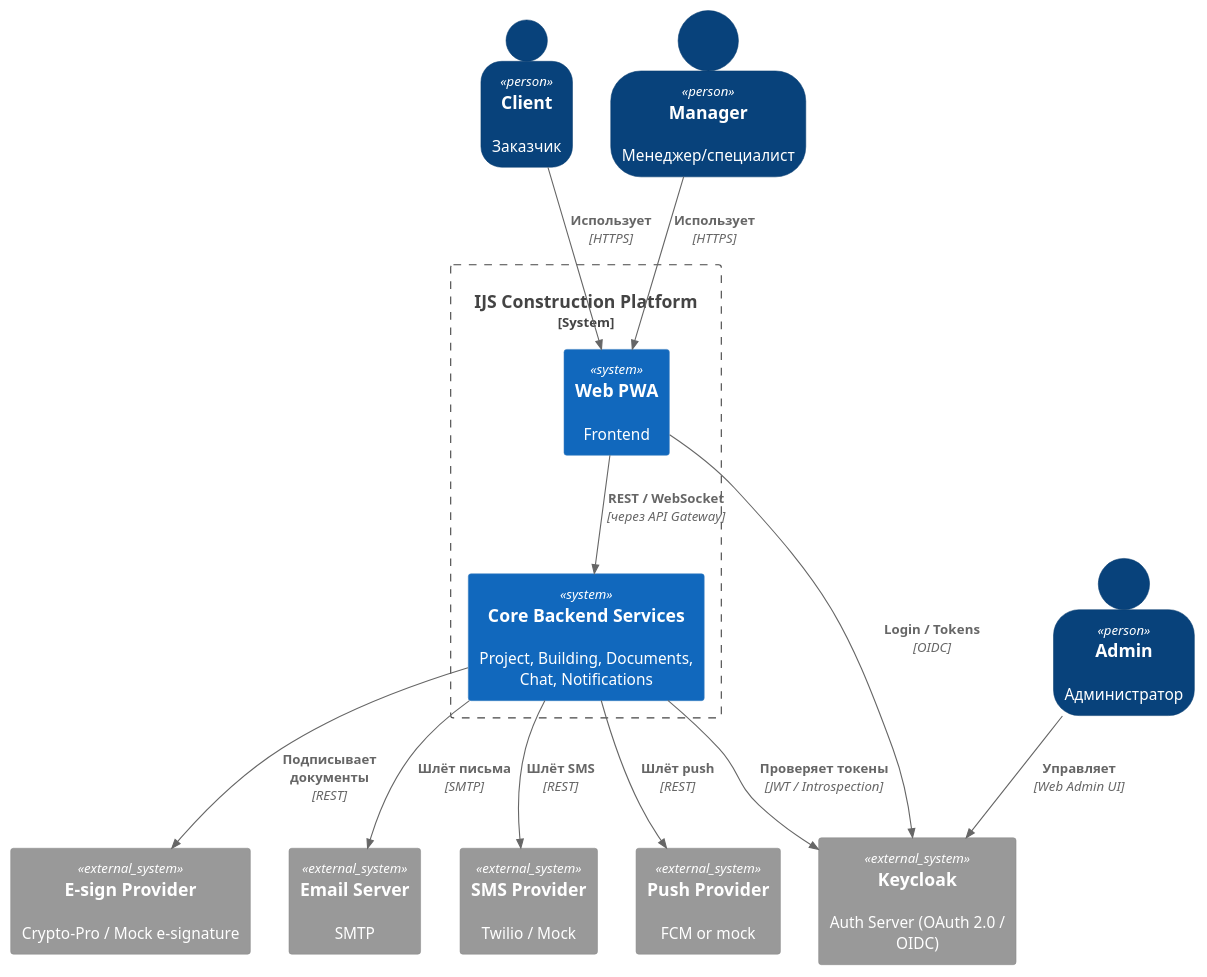
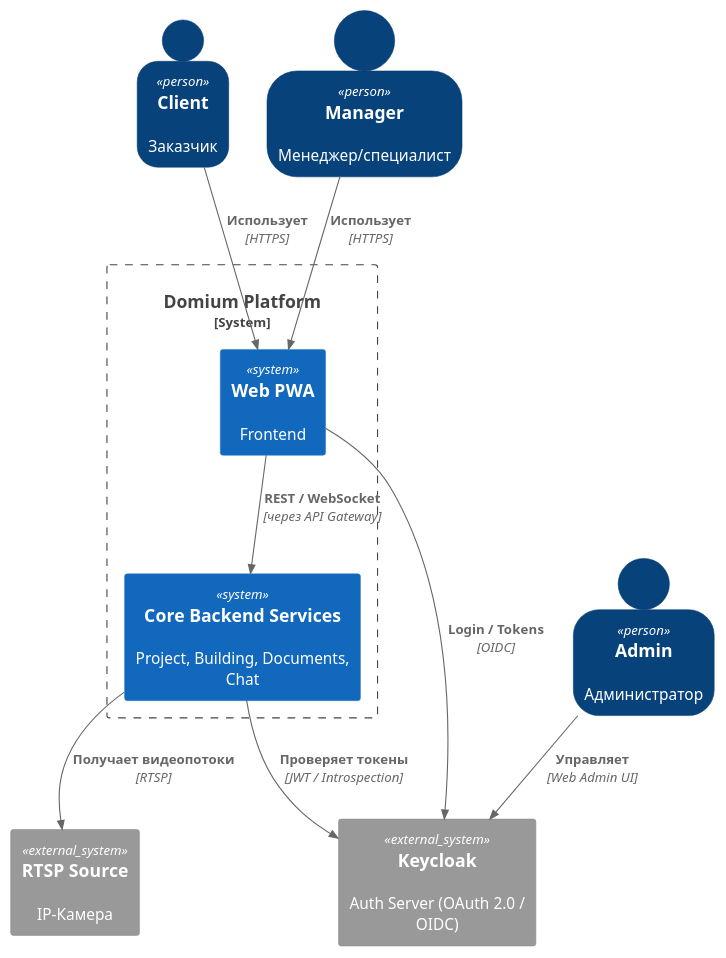
One commit to dSofarts/domium changed the diagram in docs/context.puml. Above: the diagram before and after it, drawn with PlantUML. The commit also changed 192 other files, not shown here.

```diff
--- a/docs/context.puml
+++ b/docs/context.puml
@@ -1,34 +1,28 @@
 @startuml
-!include https://raw.githubusercontent.com/plantuml-stdlib/C4-PlantUML/master/C4_Component.puml
+!include https://raw.githubusercontent.com/plantuml-stdlib/C4-PlantUML/master/C4_Context.puml
 
 SHOW_PERSON_OUTLINE()
 
 Person(client, "Client", "Заказчик")
 Person(manager, "Manager", "Менеджер/специалист")
 Person(admin, "Admin", "Администратор")
 
-System_Boundary(sys, "IJS Construction Platform") {
-  System(core, "Core Backend Services", "Project, Building, Documents, Chat, Notifications")
+System_Boundary(sys, "Domium Platform") {
+  System(core, "Core Backend Services", "Project, Building, Documents, Chat")
   System(frontend, "Web PWA", "Frontend")
 }
 
 System_Ext(keycloak, "Keycloak", "Auth Server (OAuth 2.0 / OIDC)")
-System_Ext(pay, "E-sign Provider", "Crypto-Pro / Mock e-signature")
-System_Ext(email, "Email Server", "SMTP")
-System_Ext(sms, "SMS Provider", "Twilio / Mock")
-System_Ext(push, "Push Provider", "FCM or mock")
+System_Ext(rtsp, "RTSP Source", "IP-Камера")
 
 Rel(client, frontend, "Использует", "HTTPS")
 Rel(manager, frontend, "Использует", "HTTPS")
 Rel(admin, keycloak, "Управляет", "Web Admin UI")
 
 Rel(frontend, keycloak, "Login / Tokens", "OIDC")
 Rel(frontend, core, "REST / WebSocket", "через API Gateway")
 
 Rel(core, keycloak, "Проверяет токены", "JWT / Introspection")
-Rel(core, pay, "Подписывает документы", "REST")
-Rel(core, email, "Шлёт письма", "SMTP")
-Rel(core, sms, "Шлёт SMS", "REST")
-Rel(core, push, "Шлёт push", "REST")
+Rel(core, rtsp, "Получает видеопотоки", "RTSP")
 
 @enduml
```
